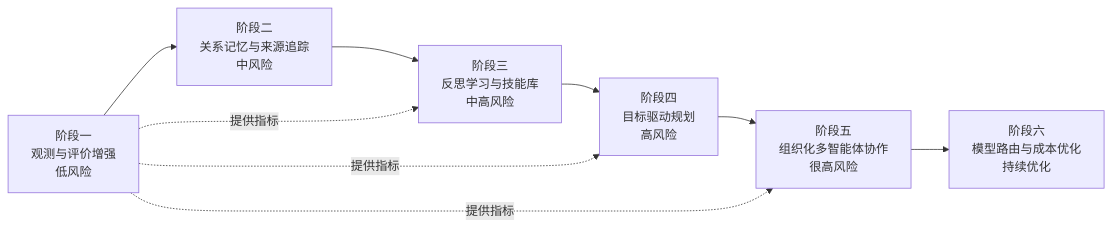
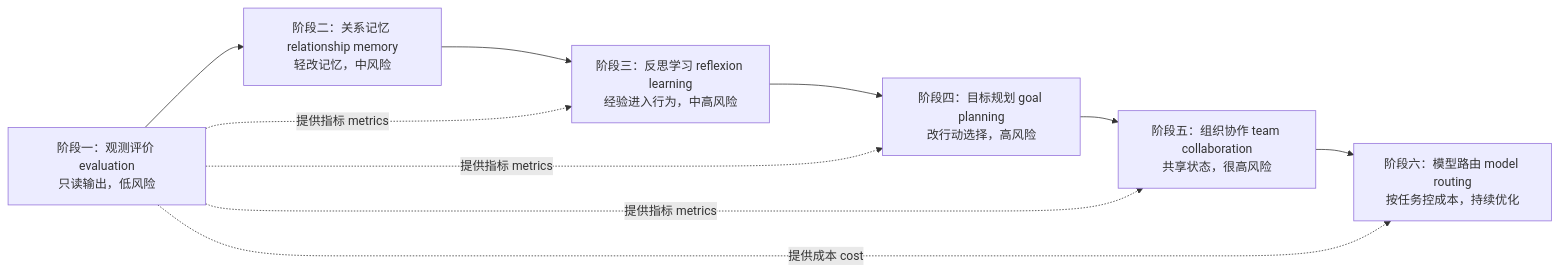
One commit to tbkken/GenerativeAgentsCN changed the first of 4 diagrams in docs/book/manuscript/part_05/chapter_38.md. Above: the diagram before and after it, drawn with Mermaid. The commit also changed other lines of this file and 18 other files, not shown here.

````diff
--- a/docs/book/manuscript/part_05/chapter_38.md
+++ b/docs/book/manuscript/part_05/chapter_38.md
@@ -39,11 +13,12 @@
 ```mermaid
 flowchart LR
-    A[阶段一<br/>观测与评价增强<br/>低风险] --> B[阶段二<br/>关系记忆与来源追踪<br/>中风险]
-    B --> C[阶段三<br/>反思学习与技能库<br/>中高风险]
-    C --> D[阶段四<br/>目标驱动规划<br/>高风险]
-    D --> E[阶段五<br/>组织化多智能体协作<br/>很高风险]
-    E --> F[阶段六<br/>模型路由与成本优化<br/>持续优化]
-    A -.提供指标.-> C
-    A -.提供指标.-> D
-    A -.提供指标.-> E
+    A["阶段一：观测评价 evaluation<br/>只读输出，低风险"] --> B["阶段二：关系记忆 relationship memory<br/>轻改记忆，中风险"]
+    B --> C["阶段三：反思学习 reflexion learning<br/>经验进入行为，中高风险"]
+    C --> D["阶段四：目标规划 goal planning<br/>改行动选择，高风险"]
+    D --> E["阶段五：组织协作 team collaboration<br/>共享状态，很高风险"]
+    E --> F["阶段六：模型路由 model routing<br/>按任务控成本，持续优化"]
+    A -.->|提供指标 metrics| C
+    A -.->|提供指标 metrics| D
+    A -.->|提供指标 metrics| E
+    A -.->|提供成本 cost| F
 ```
````
